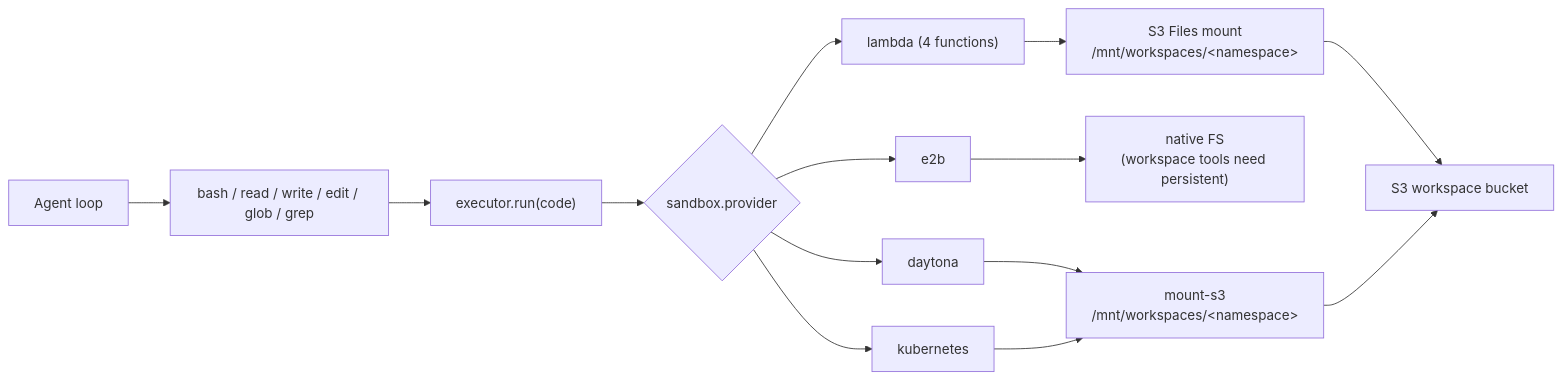
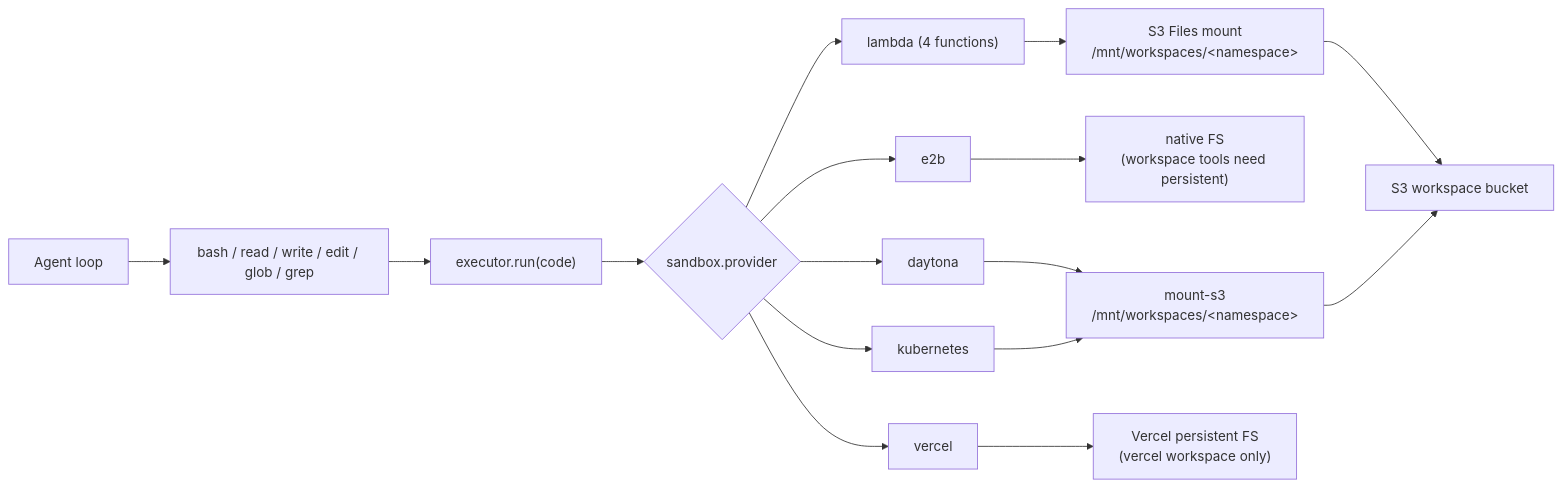
The first of 3 diagrams in docs/workspace/sandbox/index.md (beeblastco/broods), drawn with Mermaid before and after one commit. The commit also changed other lines of this file and 35 other files, not shown here.

Commit message:
add vercel sandbox provider

````diff
--- a/docs/workspace/sandbox/index.md
+++ b/docs/workspace/sandbox/index.md
@@ -8,17 +8,19 @@
 ```mermaid
 flowchart LR
   Agent["Agent loop"] --> Tools["bash / read / write / edit / glob / grep"]
   Tools --> Run["executor.run(code)"]
   Run --> Provider{"sandbox.provider"}
   Provider --> Lambda["lambda (4 functions)"]
   Provider --> E2B["e2b"]
   Provider --> Daytona["daytona"]
   Provider --> Kubernetes["kubernetes"]
+  Provider --> Vercel["vercel"]
   Lambda --> Mount["S3 Files mount<br/>/mnt/workspaces/&lt;namespace&gt;"]
   E2B --> Stateless["native FS<br/>(workspace tools need persistent)"]
   Daytona --> ExternalMount
   Kubernetes --> ExternalMount
+  Vercel --> VercelFS["Vercel persistent FS<br/>(vercel workspace only)"]
   ExternalMount["mount-s3<br/>/mnt/workspaces/&lt;namespace&gt;"]
   Mount --> Bucket["S3 workspace bucket"]
   ExternalMount --> Bucket
 ```
````
